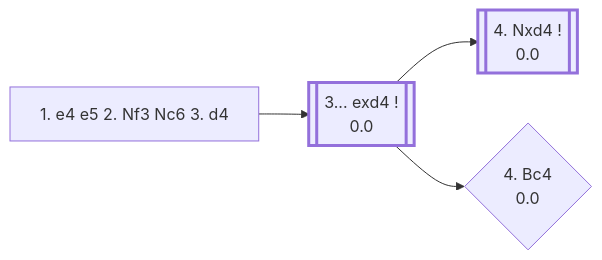
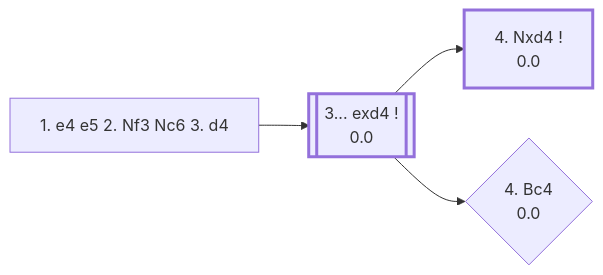
One commit to onclemarcel/chess_flashcards changed the diagram in e4_openings/C44_Scotch.md. Above: the diagram before and after it, drawn with Mermaid. The commit also changed other lines of this file and 16 other files, not shown here.

````diff
--- a/e4_openings/C44_Scotch.md
+++ b/e4_openings/C44_Scotch.md
@@ -12,15 +12,15 @@
 ```mermaid
 flowchart LR
     classDef main stroke-width:3px;
 
     d4["1. e4 e5 2. Nf3 Nc6 3. d4"]
     click d4 "#_initial_move_" "C44 · Scotch Opening"
 
     d4 --> exd4[["3... exd4 !<br/>0.0"]]:::main
     click exd4 "#_exd4_" "C44 · Scotch Opening"
 
-    exd4 --> Nxd4[["4. Nxd4 !<br/>0.0"]]:::main
-    click Nxd4 "#_Nxd4_" "C44 · Scotch Opening"
+    exd4 --> Nxd4["4. Nxd4 !<br/>0.0"]:::main
+    click Nxd4 "https://github.com/onclemarcel/chess_flashcards/blob/main/e4_openings/C45_Scotch_Main_Line.md" "C45 · Scotch Game"
     exd4 --> Bc4{"4. Bc4<br/>0.0"}
     click Bc4 "#_Bc4_" "C44 · Scotch Opening: Scotch Gambit"
 ```
````
